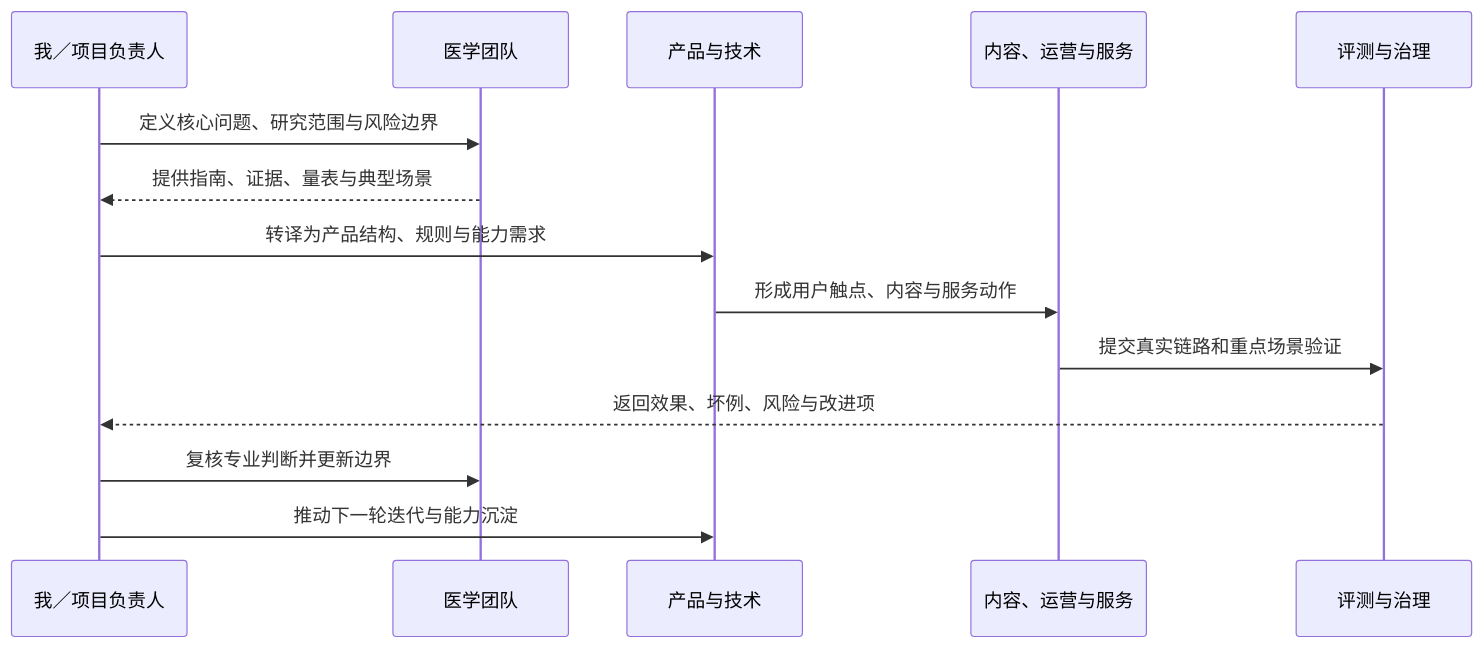
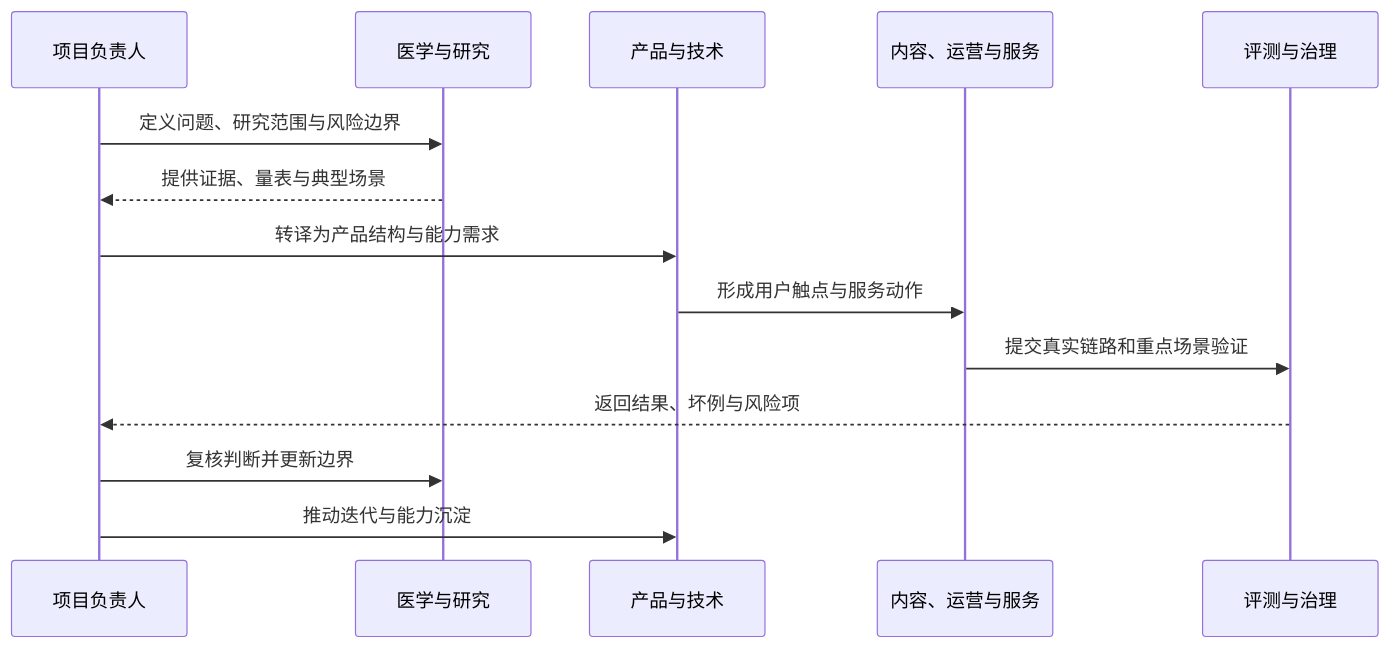
One commit to televgtamfe-coder/digital-health-care changed the fifth of 5 diagrams in README.md. Above: the diagram before and after it, drawn with Mermaid. The commit also changed other lines of this file, not shown here.

````diff
--- a/README.md
+++ b/README.md
@@ -245,17 +146,17 @@
 ```mermaid
 sequenceDiagram
-    participant Lead as 我／项目负责人
-    participant Med as 医学团队
+    participant Lead as 项目负责人
+    participant Med as 医学与研究
     participant Product as 产品与技术
     participant Service as 内容、运营与服务
     participant QA as 评测与治理
 
-    Lead->>Med: 定义核心问题、研究范围与风险边界
-    Med-->>Lead: 提供指南、证据、量表与典型场景
-    Lead->>Product: 转译为产品结构、规则与能力需求
-    Product->>Service: 形成用户触点、内容与服务动作
+    Lead->>Med: 定义问题、研究范围与风险边界
+    Med-->>Lead: 提供证据、量表与典型场景
+    Lead->>Product: 转译为产品结构与能力需求
+    Product->>Service: 形成用户触点与服务动作
     Service->>QA: 提交真实链路和重点场景验证
-    QA-->>Lead: 返回效果、坏例、风险与改进项
-    Lead->>Med: 复核专业判断并更新边界
-    Lead->>Product: 推动下一轮迭代与能力沉淀
+    QA-->>Lead: 返回结果、坏例与风险项
+    Lead->>Med: 复核判断并更新边界
+    Lead->>Product: 推动迭代与能力沉淀
 ```
````
